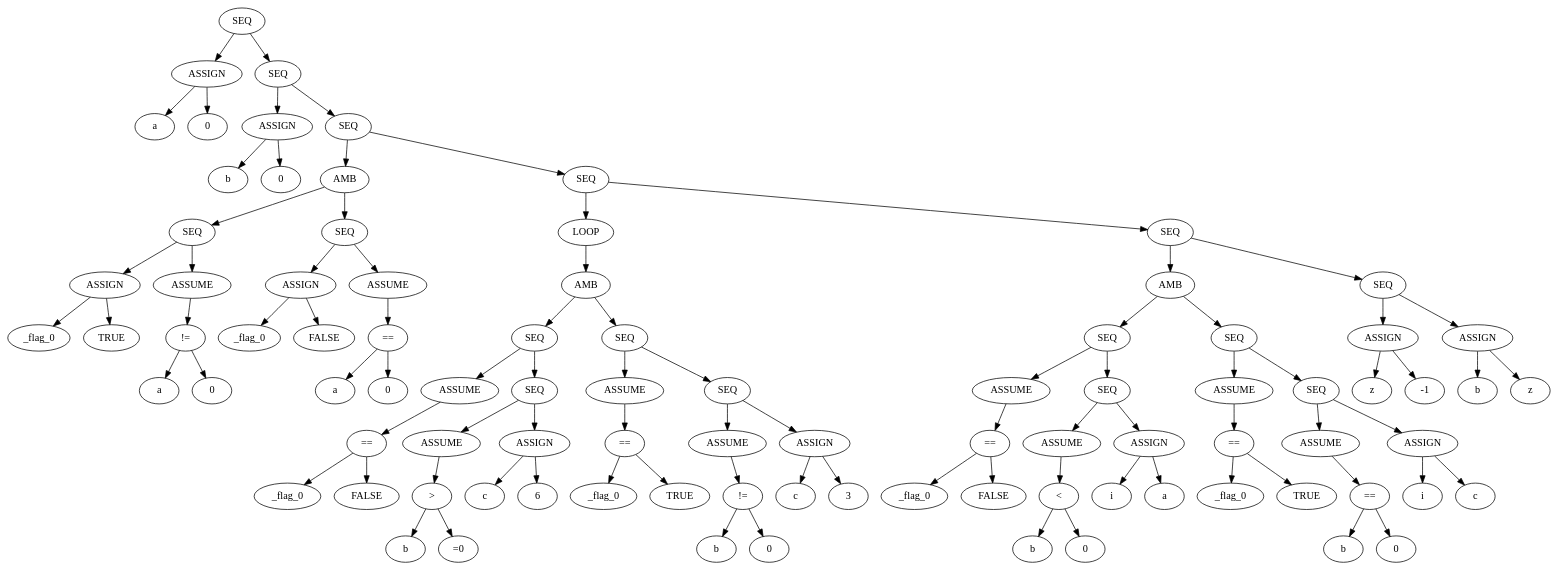
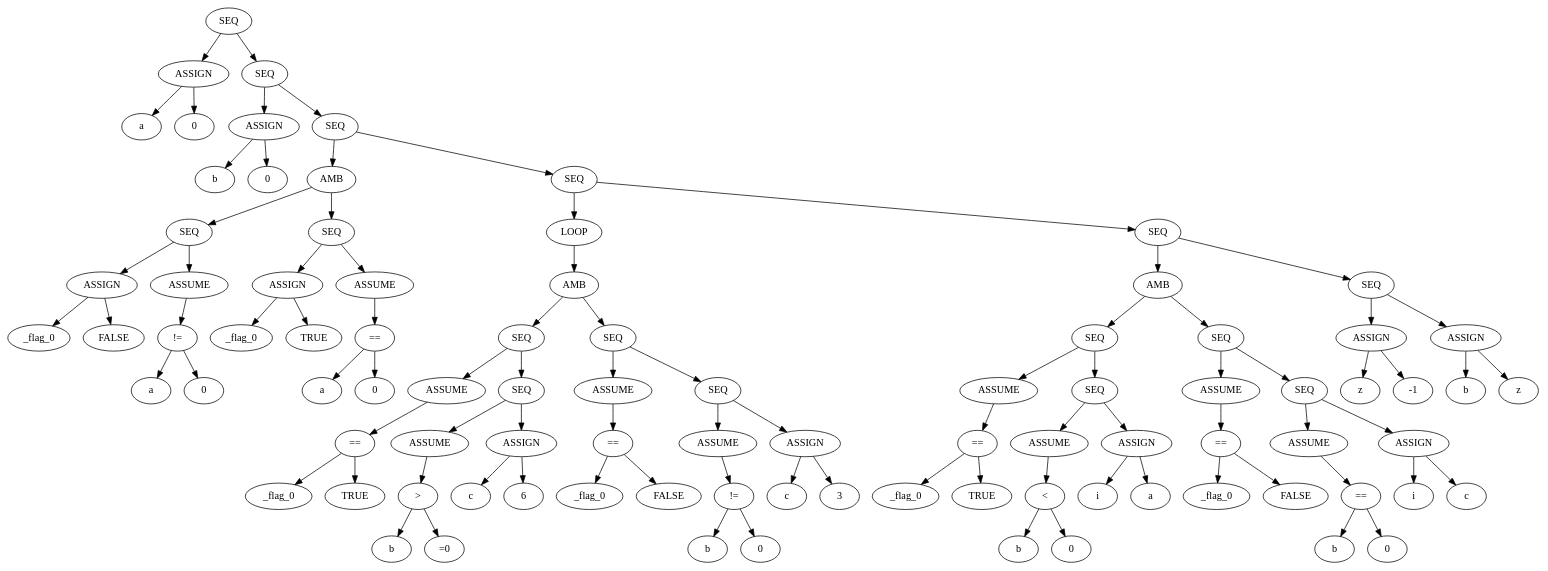
One commit to Harman309/project6 changed the diagram in code/norm_asts/ambwhile/ambwhile.gv. Above: the diagram before and after it, drawn with Graphviz. The commit also changed 35 other files, not shown here.

```diff
--- a/code/norm_asts/ambwhile/ambwhile.gv
+++ b/code/norm_asts/ambwhile/ambwhile.gv
@@ -1,182 +1,182 @@
 // ambwhile
 digraph {
 	54 [label=SEQ]
 	51 [label=ASSIGN]
 	52 [label=a]
 	51 -> 52
 	53 [label=0]
 	51 -> 53
 	54 -> 51
 	58 [label=SEQ]
 	55 [label=ASSIGN]
 	56 [label=b]
 	55 -> 56
 	57 [label=0]
 	55 -> 57
 	58 -> 55
 	76 [label=SEQ]
 	59 [label=AMB]
 	63 [label=SEQ]
 	60 [label=ASSIGN]
 	61 [label=_flag_0]
 	60 -> 61
-	62 [label=TRUE]
+	62 [label=FALSE]
 	60 -> 62
 	63 -> 60
 	64 [label=ASSUME]
 	65 [label="!="]
 	66 [label="a "]
 	65 -> 66
 	67 [label=" 0"]
 	65 -> 67
 	64 -> 65
 	63 -> 64
 	59 -> 63
 	71 [label=SEQ]
 	68 [label=ASSIGN]
 	69 [label=_flag_0]
 	68 -> 69
-	70 [label=FALSE]
+	70 [label=TRUE]
 	68 -> 70
 	71 -> 68
 	72 [label=ASSUME]
 	73 [label="=="]
 	74 [label="a "]
 	73 -> 74
 	75 [label=" 0"]
 	73 -> 75
 	72 -> 73
 	71 -> 72
 	59 -> 71
 	76 -> 59
 	105 [label=SEQ]
 	77 [label=LOOP]
 	78 [label=AMB]
 	83 [label=SEQ]
 	79 [label=ASSUME]
 	80 [label="=="]
 	81 [label="_flag_0 "]
 	80 -> 81
-	82 [label=" FALSE"]
+	82 [label=" TRUE"]
 	80 -> 82
 	79 -> 80
 	83 -> 79
 	88 [label=SEQ]
 	84 [label=ASSUME]
 	85 [label=">"]
 	86 [label="b "]
 	85 -> 86
 	87 [label=" =0"]
 	85 -> 87
 	84 -> 85
 	88 -> 84
 	89 [label=ASSIGN]
 	90 [label=c]
 	89 -> 90
 	91 [label=6]
 	89 -> 91
 	88 -> 89
 	83 -> 88
 	78 -> 83
 	96 [label=SEQ]
 	92 [label=ASSUME]
 	93 [label="=="]
 	94 [label="_flag_0 "]
 	93 -> 94
-	95 [label=" TRUE"]
+	95 [label=" FALSE"]
 	93 -> 95
 	92 -> 93
 	96 -> 92
 	101 [label=SEQ]
 	97 [label=ASSUME]
 	98 [label="!="]
 	99 [label="b "]
 	98 -> 99
 	100 [label=" 0"]
 	98 -> 100
 	97 -> 98
 	101 -> 97
 	102 [label=ASSIGN]
 	103 [label=c]
 	102 -> 103
 	104 [label=3]
 	102 -> 104
 	101 -> 102
 	96 -> 101
 	78 -> 96
 	77 -> 78
 	105 -> 77
 	133 [label=SEQ]
 	106 [label=AMB]
 	111 [label=SEQ]
 	107 [label=ASSUME]
 	108 [label="=="]
 	109 [label="_flag_0 "]
 	108 -> 109
-	110 [label=" FALSE"]
+	110 [label=" TRUE"]
 	108 -> 110
 	107 -> 108
 	111 -> 107
 	116 [label=SEQ]
 	112 [label=ASSUME]
 	113 [label="<"]
 	114 [label="b "]
 	113 -> 114
 	115 [label=" 0"]
 	113 -> 115
 	112 -> 113
 	116 -> 112
 	117 [label=ASSIGN]
 	118 [label=i]
 	117 -> 118
 	119 [label=a]
 	117 -> 119
 	116 -> 117
 	111 -> 116
 	106 -> 111
 	124 [label=SEQ]
 	120 [label=ASSUME]
 	121 [label="=="]
 	122 [label="_flag_0 "]
 	121 -> 122
-	123 [label=" TRUE"]
+	123 [label=" FALSE"]
 	121 -> 123
 	120 -> 121
 	124 -> 120
 	129 [label=SEQ]
 	125 [label=ASSUME]
 	126 [label="=="]
 	127 [label="b "]
 	126 -> 127
 	128 [label=" 0"]
 	126 -> 128
 	125 -> 126
 	129 -> 125
 	130 [label=ASSIGN]
 	131 [label=i]
 	130 -> 131
 	132 [label=c]
 	130 -> 132
 	129 -> 130
 	124 -> 129
 	106 -> 124
 	133 -> 106
 	137 [label=SEQ]
 	134 [label=ASSIGN]
 	135 [label=z]
 	134 -> 135
 	136 [label=-1]
 	134 -> 136
 	137 -> 134
 	138 [label=ASSIGN]
 	139 [label=b]
 	138 -> 139
 	140 [label=z]
 	138 -> 140
 	137 -> 138
 	133 -> 137
 	105 -> 133
 	76 -> 105
 	58 -> 76
 	54 -> 58
 }
```
